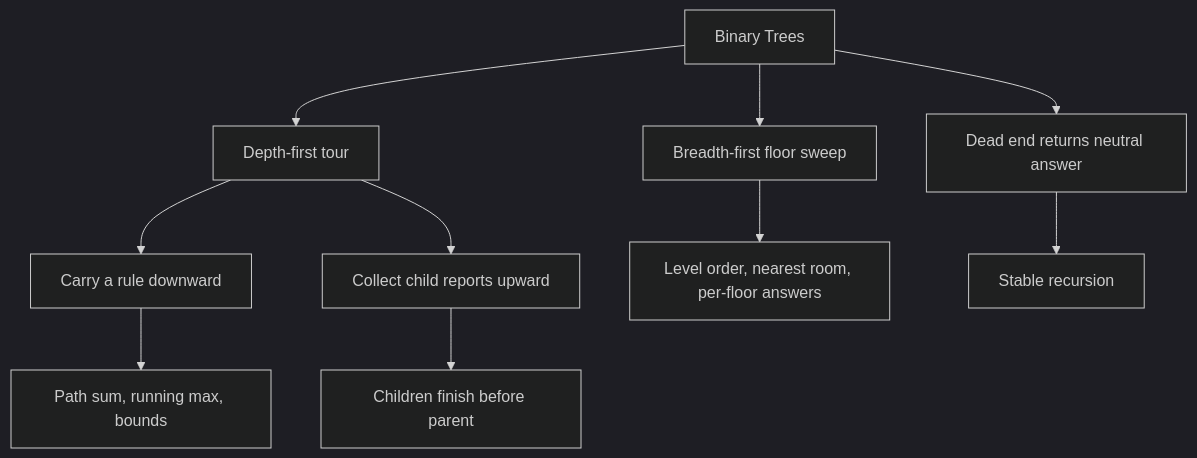
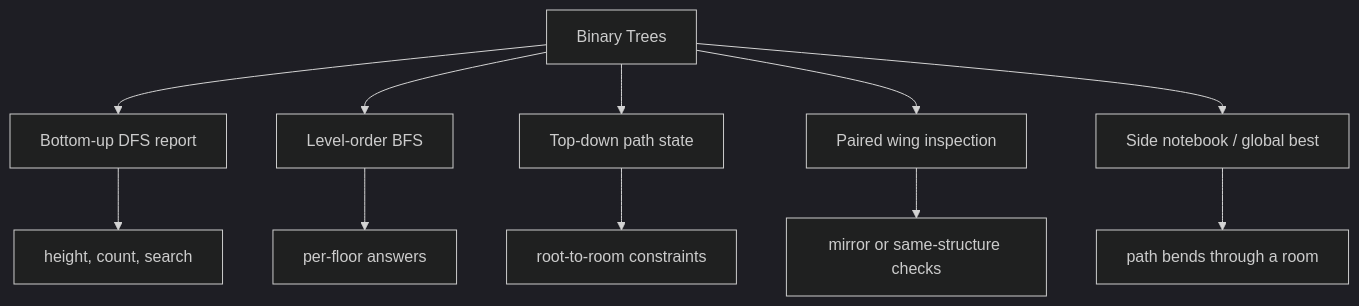
One commit to snesjhon/for-humans changed the third of 4 diagrams in src/app/dsa/fundamentals/binary-trees/binary-trees-fundamentals.md. Above: the diagram before and after it, drawn with Mermaid (dark theme). The commit also changed other lines of this file and 57 other files, not shown here.

````diff
--- a/src/app/dsa/fundamentals/binary-trees/binary-trees-fundamentals.md
+++ b/src/app/dsa/fundamentals/binary-trees/binary-trees-fundamentals.md
@@ -545,13 +537,14 @@
 ```mermaid
 graph TD
     Trees[Binary Trees]
-    Trees --> DFS[Depth-first tour]
-    Trees --> BFS[Breadth-first floor sweep]
-    DFS --> TopDown[Carry a rule downward]
-    DFS --> BottomUp[Collect child reports upward]
-    BottomUp --> Postorder[Children finish before parent]
-    TopDown --> PathState[Path sum, running max, bounds]
-    BFS --> Levels[Level order, nearest room, per-floor answers]
-    Trees --> BaseCase[Dead end returns neutral answer]
-    BaseCase --> Correctness[Stable recursion]
+    Trees --> BottomUp[Bottom-up DFS report]
+    Trees --> LevelSweep[Level-order BFS]
+    Trees --> TopDown[Top-down path state]
+    Trees --> PairCheck[Paired wing inspection]
+    Trees --> Notebook[Side notebook / global best]
+    BottomUp --> Height[height, count, search]
+    LevelSweep --> Floors[per-floor answers]
+    TopDown --> PathRules[root-to-room constraints]
+    PairCheck --> Mirror[mirror or same-structure checks]
+    Notebook --> Bend[path bends through a room]
 ```
````
